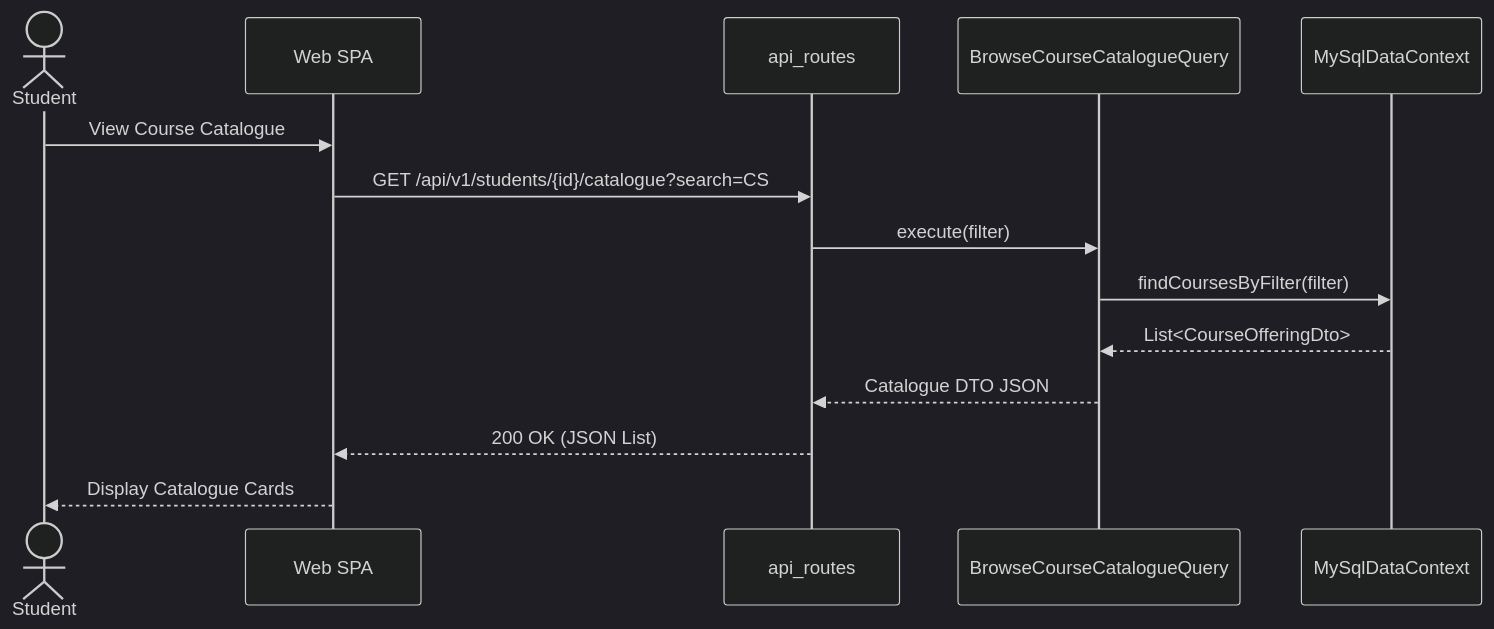
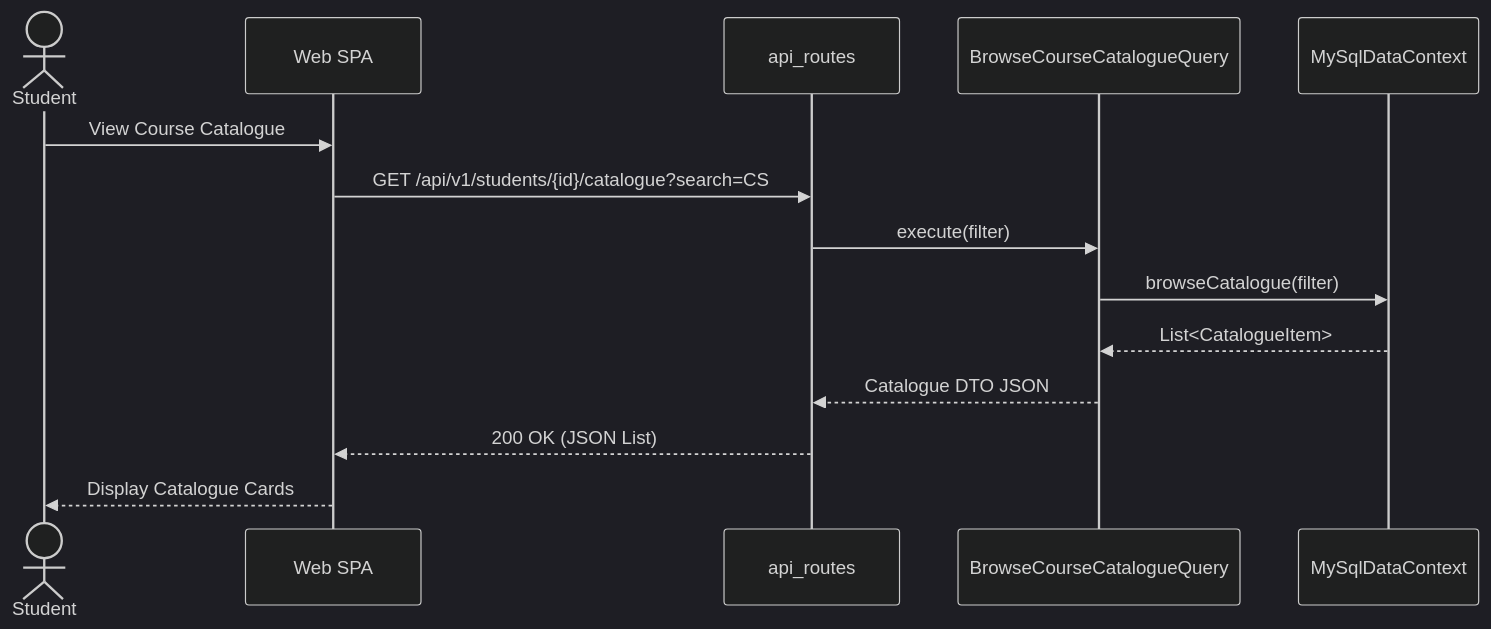
Before and after one commit to DesanSilva/university-course-enrolment-system: the fifth of 13 diagrams in docs/uml_sequence_diagram.md, drawn with Mermaid (dark theme). The commit also changed other lines of this file and 3 other files, not shown here.

Commit message:
updated UML diagrams

````diff
--- a/docs/uml_sequence_diagram.md
+++ b/docs/uml_sequence_diagram.md
@@ -128,17 +152,17 @@
 ```mermaid
 sequenceDiagram
     actor Student
     participant SPA as Web SPA
     participant Router as api_routes
     participant Query as BrowseCourseCatalogueQuery
     participant Store as MySqlDataContext
 
     Student->>SPA: View Course Catalogue
     SPA->>Router: GET /api/v1/students/{id}/catalogue?search=CS
     Router->>Query: execute(filter)
-    Query->>Store: findCoursesByFilter(filter)
-    Store-->>Query: List<CourseOfferingDto>
+    Query->>Store: browseCatalogue(filter)
+    Store-->>Query: List<CatalogueItem>
     Query-->>Router: Catalogue DTO JSON
     Router-->>SPA: 200 OK (JSON List)
     SPA-->>Student: Display Catalogue Cards
 ```
````
